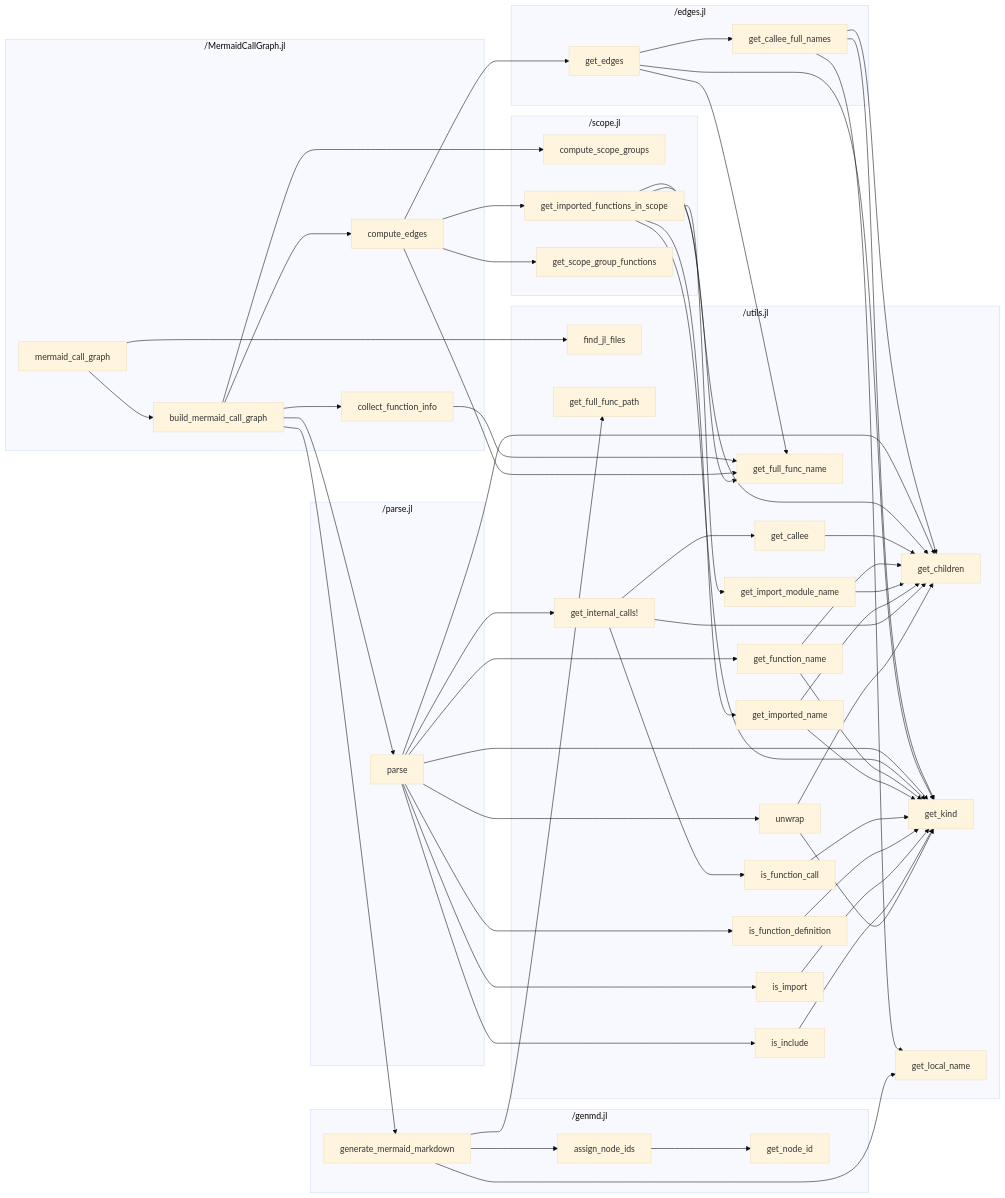
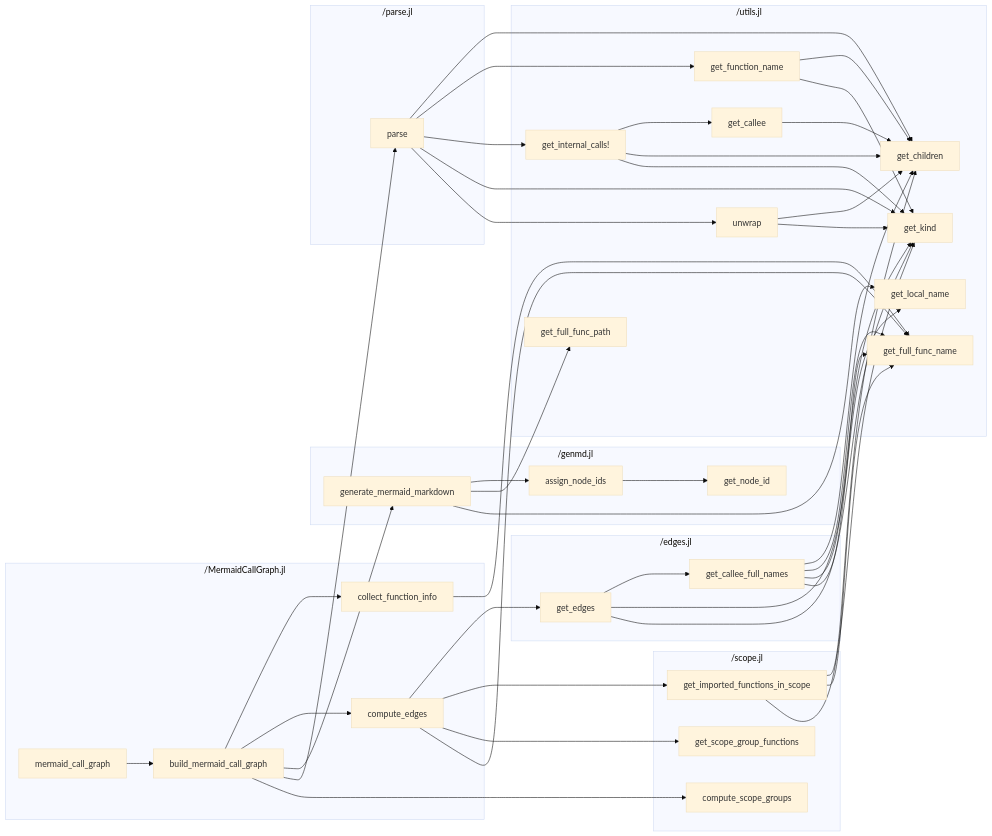
The diagram in README.md (t-garin/MermaidCallGraph.jl), drawn with Mermaid (base theme) before and after one commit. The commit also changed other lines of this file and 2 other files, not shown here.

Commit message:
call utils

````diff
--- a/README.md
+++ b/README.md
@@ -36,21 +36,14 @@
         _scope_jl_get_scope_group_functions["get_scope_group_functions"]
     end
     subgraph "/utils.jl"
-        _utils_jl_find_jl_files["find_jl_files"]
         _utils_jl_get_callee["get_callee"]
         _utils_jl_get_children["get_children"]
         _utils_jl_get_full_func_name["get_full_func_name"]
         _utils_jl_get_full_func_path["get_full_func_path"]
         _utils_jl_get_function_name["get_function_name"]
-        _utils_jl_get_import_module_name["get_import_module_name"]
-        _utils_jl_get_imported_name["get_imported_name"]
         _utils_jl_get_internal_calls_["get_internal_calls!"]
         _utils_jl_get_kind["get_kind"]
         _utils_jl_get_local_name["get_local_name"]
-        _utils_jl_is_function_call["is_function_call"]
-        _utils_jl_is_function_definition["is_function_definition"]
-        _utils_jl_is_import["is_import"]
-        _utils_jl_is_include["is_include"]
         _utils_jl_unwrap["unwrap"]
     end
     _MermaidCallGraph_jl_build_mermaid_call_graph --> _MermaidCallGraph_jl_collect_function_info
@@ -64,8 +57,8 @@
     _MermaidCallGraph_jl_compute_edges --> _scope_jl_get_scope_group_functions
     _MermaidCallGraph_jl_compute_edges --> _utils_jl_get_full_func_name
     _MermaidCallGraph_jl_mermaid_call_graph --> _MermaidCallGraph_jl_build_mermaid_call_graph
-    _MermaidCallGraph_jl_mermaid_call_graph --> _utils_jl_find_jl_files
     _edges_jl_get_callee_full_names --> _utils_jl_get_children
+    _edges_jl_get_callee_full_names --> _utils_jl_get_full_func_name
     _edges_jl_get_callee_full_names --> _utils_jl_get_kind
     _edges_jl_get_callee_full_names --> _utils_jl_get_local_name
     _edges_jl_get_edges --> _edges_jl_get_callee_full_names
@@ -79,28 +72,16 @@
     _parse_jl_parse --> _utils_jl_get_function_name
     _parse_jl_parse --> _utils_jl_get_internal_calls_
     _parse_jl_parse --> _utils_jl_get_kind
-    _parse_jl_parse --> _utils_jl_is_function_definition
-    _parse_jl_parse --> _utils_jl_is_import
-    _parse_jl_parse --> _utils_jl_is_include
     _parse_jl_parse --> _utils_jl_unwrap
     _scope_jl_get_imported_functions_in_scope --> _utils_jl_get_children
     _scope_jl_get_imported_functions_in_scope --> _utils_jl_get_full_func_name
-    _scope_jl_get_imported_functions_in_scope --> _utils_jl_get_import_module_name
-    _scope_jl_get_imported_functions_in_scope --> _utils_jl_get_imported_name
     _scope_jl_get_imported_functions_in_scope --> _utils_jl_get_kind
     _utils_jl_get_callee --> _utils_jl_get_children
     _utils_jl_get_function_name --> _utils_jl_get_children
     _utils_jl_get_function_name --> _utils_jl_get_kind
-    _utils_jl_get_import_module_name --> _utils_jl_get_children
-    _utils_jl_get_imported_name --> _utils_jl_get_children
-    _utils_jl_get_imported_name --> _utils_jl_get_kind
     _utils_jl_get_internal_calls_ --> _utils_jl_get_callee
     _utils_jl_get_internal_calls_ --> _utils_jl_get_children
-    _utils_jl_get_internal_calls_ --> _utils_jl_is_function_call
-    _utils_jl_is_function_call --> _utils_jl_get_kind
-    _utils_jl_is_function_definition --> _utils_jl_get_kind
-    _utils_jl_is_import --> _utils_jl_get_kind
-    _utils_jl_is_include --> _utils_jl_get_kind
+    _utils_jl_get_internal_calls_ --> _utils_jl_get_kind
     _utils_jl_unwrap --> _utils_jl_get_children
     _utils_jl_unwrap --> _utils_jl_get_kind
 ```
````
